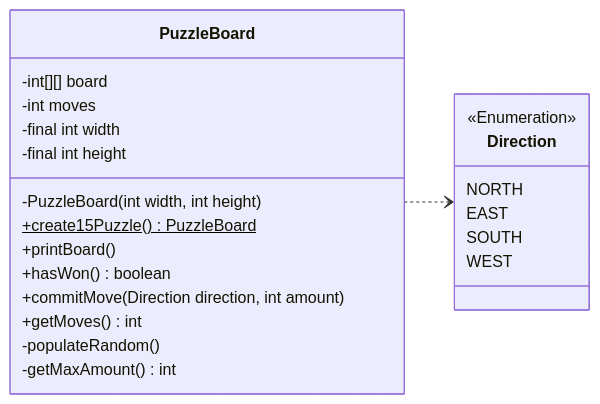
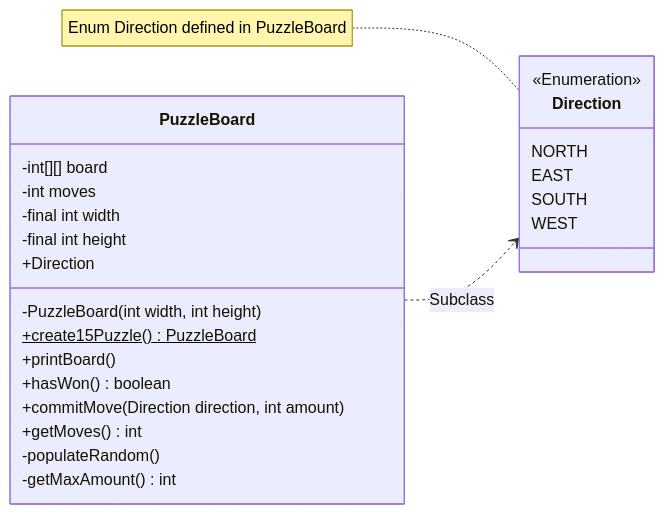
Before and after one commit to JorritScholten/PlayersGuide: the diagram in README.md, drawn with Mermaid. The commit also changed 1 other file, not shown here.

Commit message:
specified where Direction is defined

````diff
--- a/README.md
+++ b/README.md
@@ -15,26 +15,28 @@
 ```mermaid
 classDiagram
     direction LR
     class PuzzleBoard {
         -int[][] board
         -int moves
         -final int width
         -final int height
         -PuzzleBoard(int width, int height)
+        +Direction
         +create15Puzzle()$ PuzzleBoard
         +printBoard()
         +hasWon() boolean
         +commitMove(Direction direction, int amount)
         +getMoves() int
         -populateRandom()
         -getMaxAmount() int
     }
+    note for `Direction` "Enum Direction defined in PuzzleBoard"
     class `Direction` {
         <<Enumeration>>
         NORTH
         EAST
         SOUTH
         WEST
     }
-    PuzzleBoard ..> `Direction`
+    PuzzleBoard ..> `Direction`: Subclass
 ```
````
